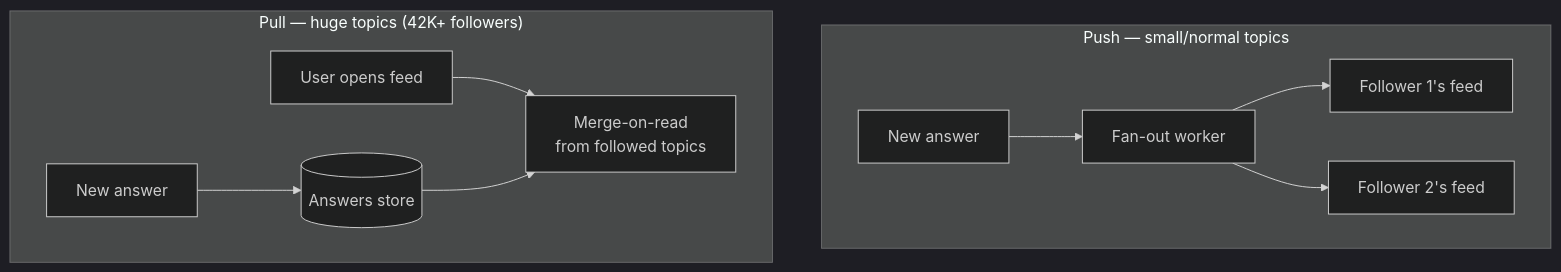
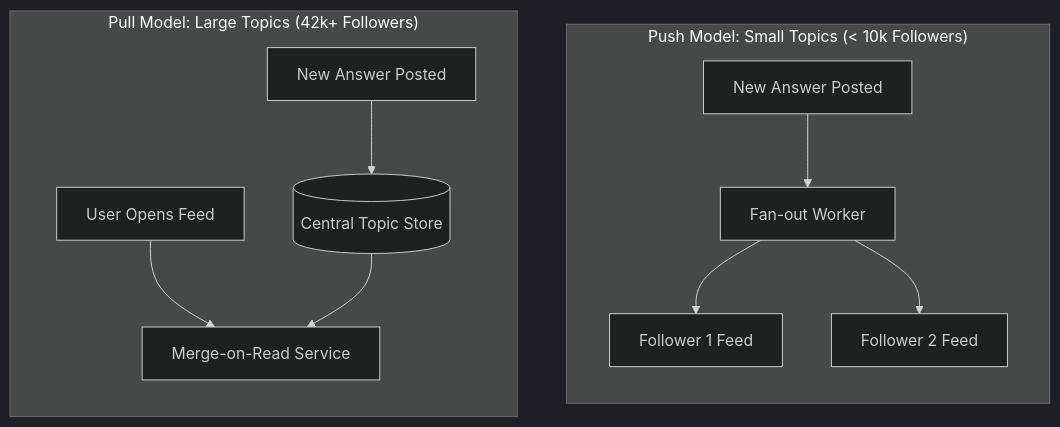
The eighth of 15 diagrams in system-design/HLD/0-course/27-Design Quora-FAANG-Guide-story.md (riyaz-pasha/Learnings), drawn with Mermaid (dark theme) before and after one commit. The commit also changed other lines of this file and 1 other file, not shown here.

Commit message:
docs: simplify language, expand examples, and fix mermaid diagrams in Quora guide

````diff
--- a/system-design/HLD/0-course/27-Design Quora-FAANG-Guide-story.md
+++ b/system-design/HLD/0-course/27-Design Quora-FAANG-Guide-story.md
@@ -205,13 +468,16 @@
 ```mermaid
 flowchart TD
-    subgraph Push["Push — small/normal topics"]
-        Q1[New answer] --> F1[Fan-out worker]
-        F1 --> U1[Follower 1's feed]
-        F1 --> U2[Follower 2's feed]
+    subgraph PushPath["Push Model: Small Topics (< 10k Followers)"]
+        direction TB
+        Q1["New Answer Posted"] --> F1["Fan-out Worker"]
+        F1 --> U1["Follower 1 Feed"]
+        F1 --> U2["Follower 2 Feed"]
     end
-    subgraph Pull["Pull — huge topics (42K+ followers)"]
-        Q2[New answer] --> Store[(Answers store)]
-        Reader[User opens feed] --> Merge[Merge-on-read\nfrom followed topics]
+
+    subgraph PullPath["Pull Model: Large Topics (42k+ Followers)"]
+        direction TB
+        Q2["New Answer Posted"] --> Store[("Central Topic Store")]
+        Reader["User Opens Feed"] --> Merge["Merge-on-Read Service"]
         Store --> Merge
     end
 ```
````
